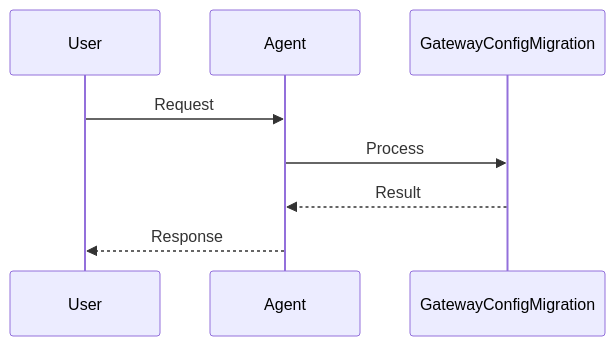
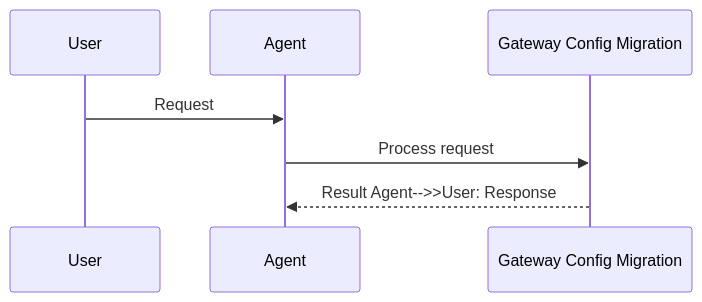
One commit to MervinPraison/PraisonAIDocs changed the second of 2 diagrams in docs/features/gateway-config-migration.mdx. Above: the diagram before and after it, drawn with Mermaid. The commit also changed 204 other files, not shown here.

First line of the commit message:
docs: align feature/tool pages with AGENTS.md hero, sequence, and import standards (#1777)

````diff
--- a/docs/features/gateway-config-migration.mdx
+++ b/docs/features/gateway-config-migration.mdx
@@ -49,11 +49,10 @@
 ```mermaid
 sequenceDiagram
     participant User
     participant Agent
-    participant GatewayConfigMigration
+    participant Feature as Gateway Config Migration
 
     User->>Agent: Request
-    Agent->>GatewayConfigMigration: Process
-    GatewayConfigMigration-->>Agent: Result
-    Agent-->>User: Response
+    Agent->>Feature: Process request
+    Feature-->>Agent: Result    Agent-->>User: Response
 ```
````
